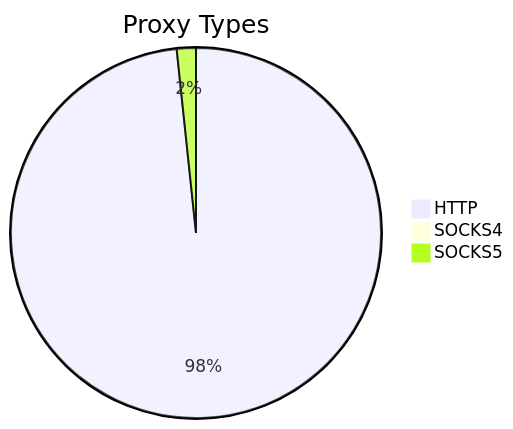
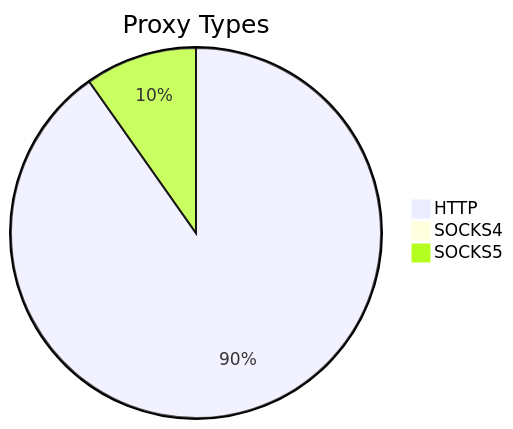
The first of 2 diagrams in README.md (stormsia/proxy-list), drawn with Mermaid before and after one commit. The commit also changed other lines of this file, not shown here.

````diff
--- a/README.md
+++ b/README.md
@@ -21,6 +21,6 @@
 ```mermaid
 pie title Proxy Types
-    "HTTP" : 1414
-    "SOCKS4" : 6
-    "SOCKS5" : 24
+    "HTTP" : 1412
+    "SOCKS4" : 5
+    "SOCKS5" : 153
 ```
````
